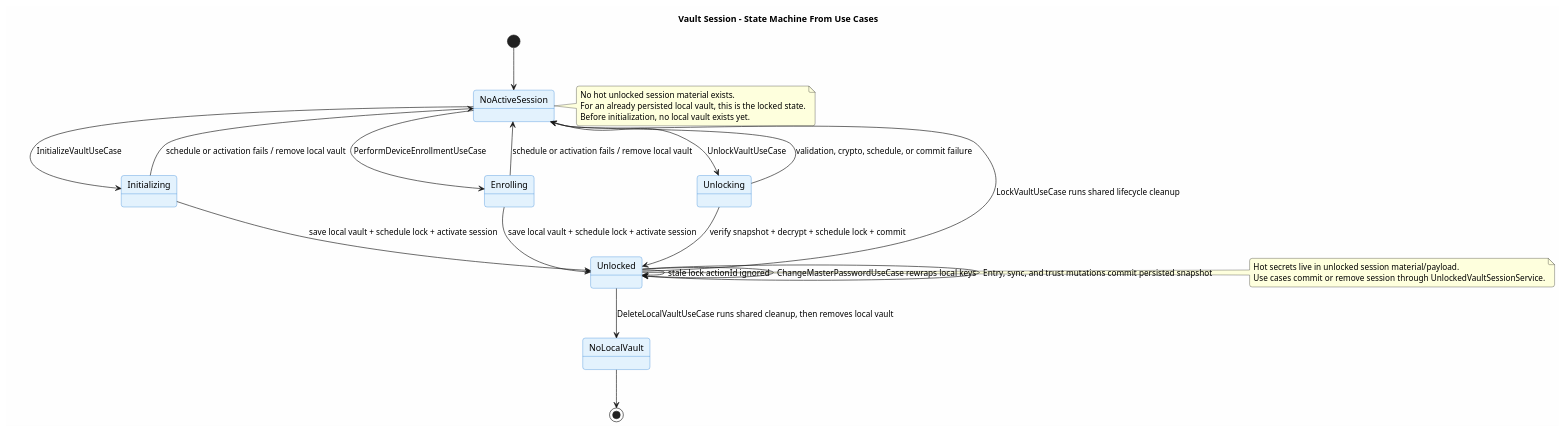
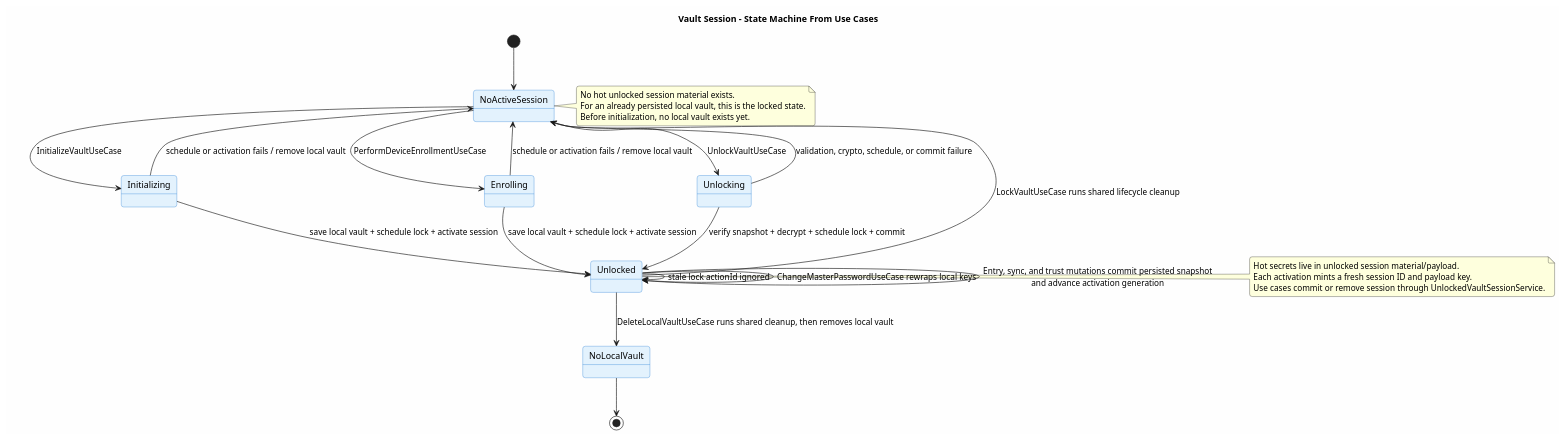
Before and after one commit to ArionStudio/engr-serverless-pm: the diagram in docs/v1/use-case/vault-lifecycle/vault-session.state-machine.puml, drawn with PlantUML. The commit also changed 50 other files, not shown here.

```diff
--- a/docs/v1/use-case/vault-lifecycle/vault-session.state-machine.puml
+++ b/docs/v1/use-case/vault-lifecycle/vault-session.state-machine.puml
@@ -1,47 +1,48 @@
 @startuml vault-session-state-machine
 title Vault Session - State Machine From Use Cases
 
 skinparam backgroundColor #FEFEFE
 skinparam roundcorner 8
 skinparam shadowing false
 skinparam state {
   BackgroundColor #E3F2FD
   BorderColor #1976D2
 }
 
 state "NoActiveSession" as NoActiveSession
 
 [*] --> NoActiveSession
 
 NoActiveSession --> Initializing : InitializeVaultUseCase
 Initializing --> Unlocked : save local vault + schedule lock + activate session
 Initializing --> NoActiveSession : schedule or activation fails / remove local vault
 
 NoActiveSession --> Enrolling : PerformDeviceEnrollmentUseCase
 Enrolling --> Unlocked : save local vault + schedule lock + activate session
 Enrolling --> NoActiveSession : schedule or activation fails / remove local vault
 
 NoActiveSession --> Unlocking : UnlockVaultUseCase
 Unlocking --> Unlocked : verify snapshot + decrypt + schedule lock + commit
 Unlocking --> NoActiveSession : validation, crypto, schedule, or commit failure
 
 Unlocked --> NoActiveSession : LockVaultUseCase runs shared lifecycle cleanup
 Unlocked --> Unlocked : stale lock actionId ignored
 Unlocked --> NoLocalVault : DeleteLocalVaultUseCase runs shared cleanup, then removes local vault
 Unlocked --> Unlocked : ChangeMasterPasswordUseCase rewraps local keys
-Unlocked --> Unlocked : Entry, sync, and trust mutations commit persisted snapshot
+Unlocked --> Unlocked : Entry, sync, and trust mutations commit persisted snapshot\nand advance activation generation
 
 NoLocalVault --> [*]
 
 note right of NoActiveSession
 No hot unlocked session material exists.
 For an already persisted local vault, this is the locked state.
 Before initialization, no local vault exists yet.
 end note
 
 note right of Unlocked
 Hot secrets live in unlocked session material/payload.
+Each activation mints a fresh session ID and payload key.
 Use cases commit or remove session through UnlockedVaultSessionService.
 end note
 
 @enduml
```
